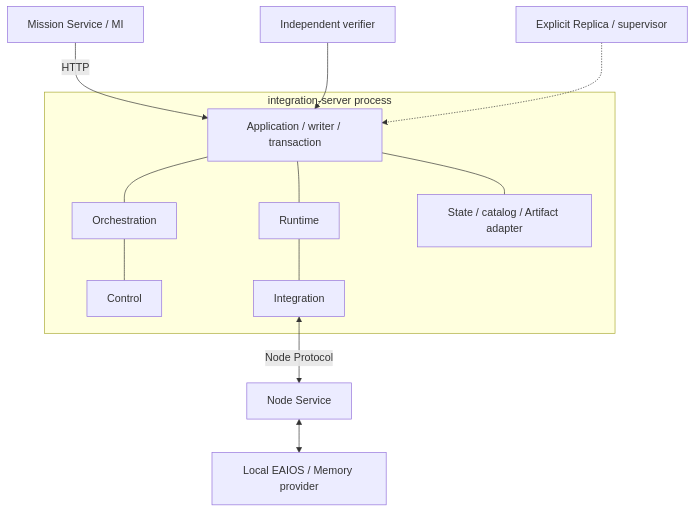
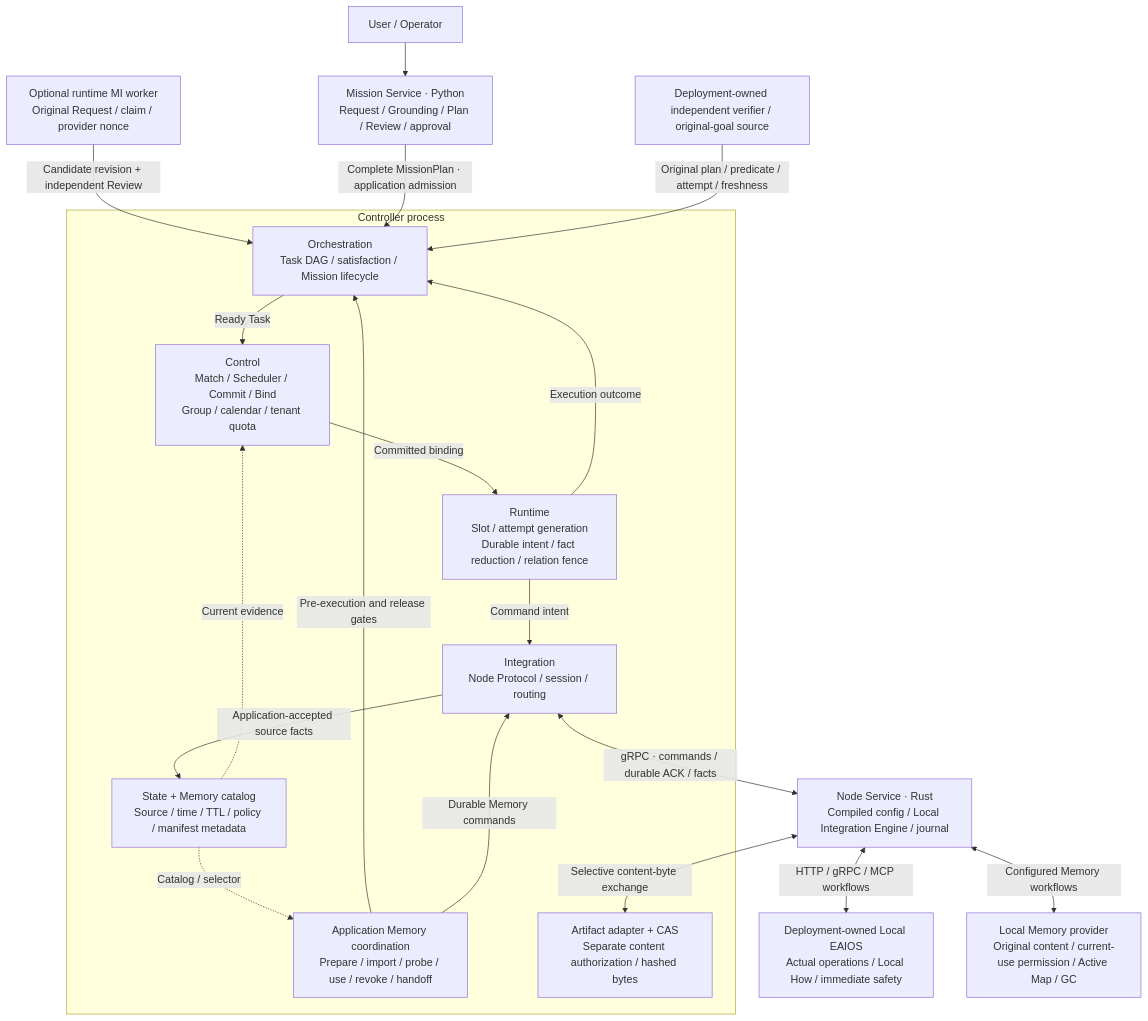
One commit to Farewell-CK/RoboGuide changed the diagram in website/pages/architecture-tour.en.md. Above: the diagram before and after it, drawn with Mermaid. The commit also changed other lines of this file and 17 other files, not shown here.

Commit message:
docs: redraw code-grounded architecture in Mermaid

````diff
--- a/website/pages/architecture-tour.en.md
+++ b/website/pages/architecture-tour.en.md
@@ -23,17 +27,32 @@
 ```mermaid
 flowchart TB
-  MI[Mission Service / MI] -->|HTTP| APP
-  subgraph Controller[integration-server process]
-    APP[Application / writer / transaction]
-    O[Orchestration] --- C[Control]
-    R[Runtime] --- I[Integration]
-    S[State / catalog / Artifact adapter]
-    APP --- O
-    APP --- R
-    APP --- S
+  %% roboguide:min-width: 1280px
+  U[User / Operator] --> MI[Mission Service · Python<br/>Request / Grounding / Plan / Review / approval]
+  MW[Optional runtime MI worker<br/>Original Request / claim / provider nonce] -->|Candidate revision + independent Review| O
+  MI -->|Complete MissionPlan · application admission| O
+
+  subgraph CTRL[Controller process]
+    O[Orchestration<br/>Task DAG / satisfaction / Mission lifecycle]
+    C[Control<br/>Match / Scheduler / Commit / Bind<br/>Group / calendar / tenant quota]
+    R[Runtime<br/>Slot / attempt generation<br/>Durable intent / fact reduction / relation fence]
+    I[Integration<br/>Node Protocol / session / routing]
+    O -->|Ready Task| C
+    C -->|Committed binding| R
+    R -->|Command intent| I
+    R -->|Execution outcome| O
+    S[State + Memory catalog<br/>Source / time / TTL / policy / manifest metadata]
+    M[Application Memory coordination<br/>Prepare / import / probe / use / revoke / handoff]
+    A[Artifact adapter + CAS<br/>Separate content authorization / hashed bytes]
+    I -->|Application-accepted source facts| S
+    S -.Current evidence.-> C
+    S -.Catalog / selector.-> M
+    M -->|Pre-execution and release gates| O
+    M -->|Durable Memory commands| I
   end
-  I <-->|Node Protocol| N[Node Service]
-  N <--> L[Local EAIOS / Memory provider]
-  VF[Independent verifier] --> APP
-  HA[Explicit Replica / supervisor] -.-> APP
+
+  I <-->|gRPC · commands / durable ACK / facts| N[Node Service · Rust<br/>Compiled config / Local Integration Engine / journal]
+  N <-->|HTTP / gRPC / MCP workflows| L[Deployment-owned Local EAIOS<br/>Actual operations / Local How / immediate safety]
+  N <-->|Configured Memory workflows| P[Local Memory provider<br/>Original content / current-use permission / Active Map / GC]
+  N <-->|Selective content-byte exchange| A
+  V[Deployment-owned independent verifier / original-goal source] -->|Original plan / predicate / attempt / freshness| O
 ```
````
